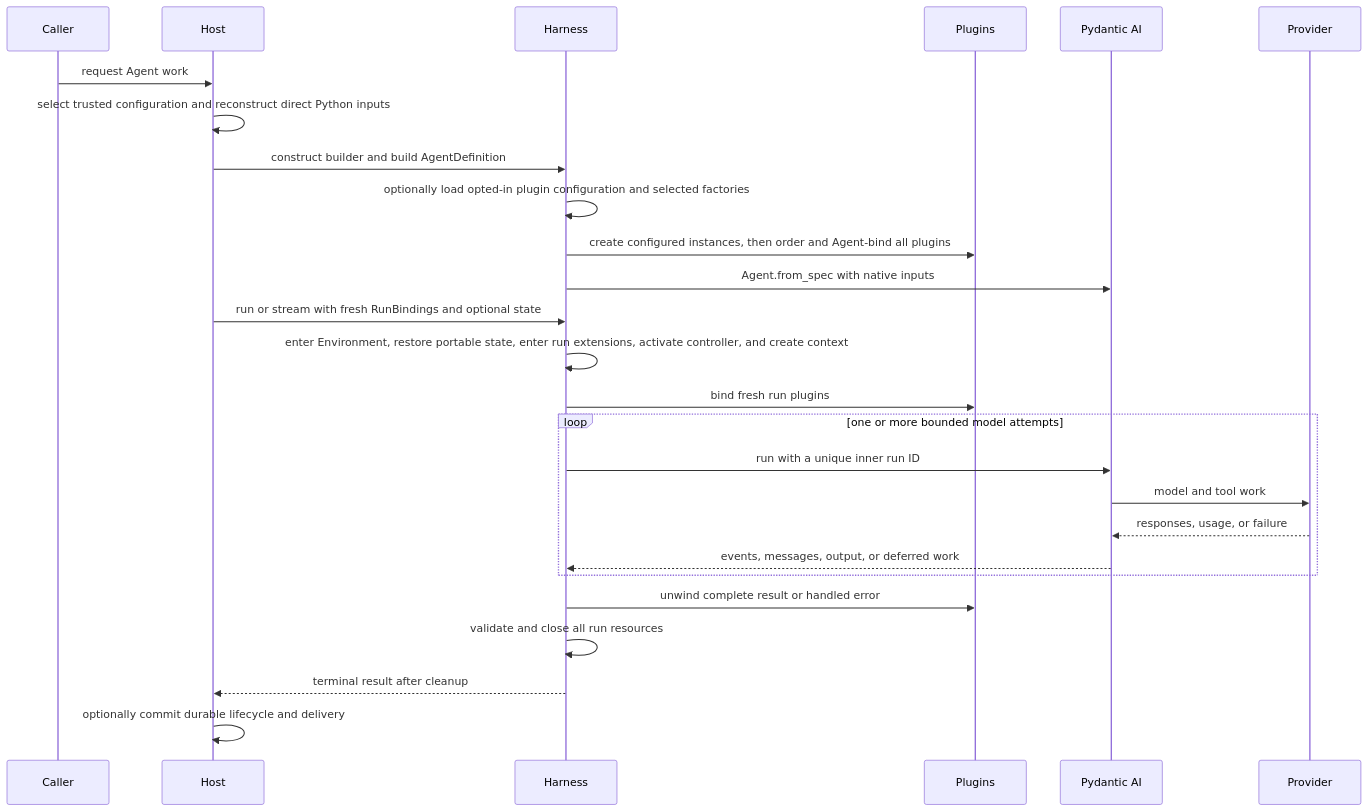
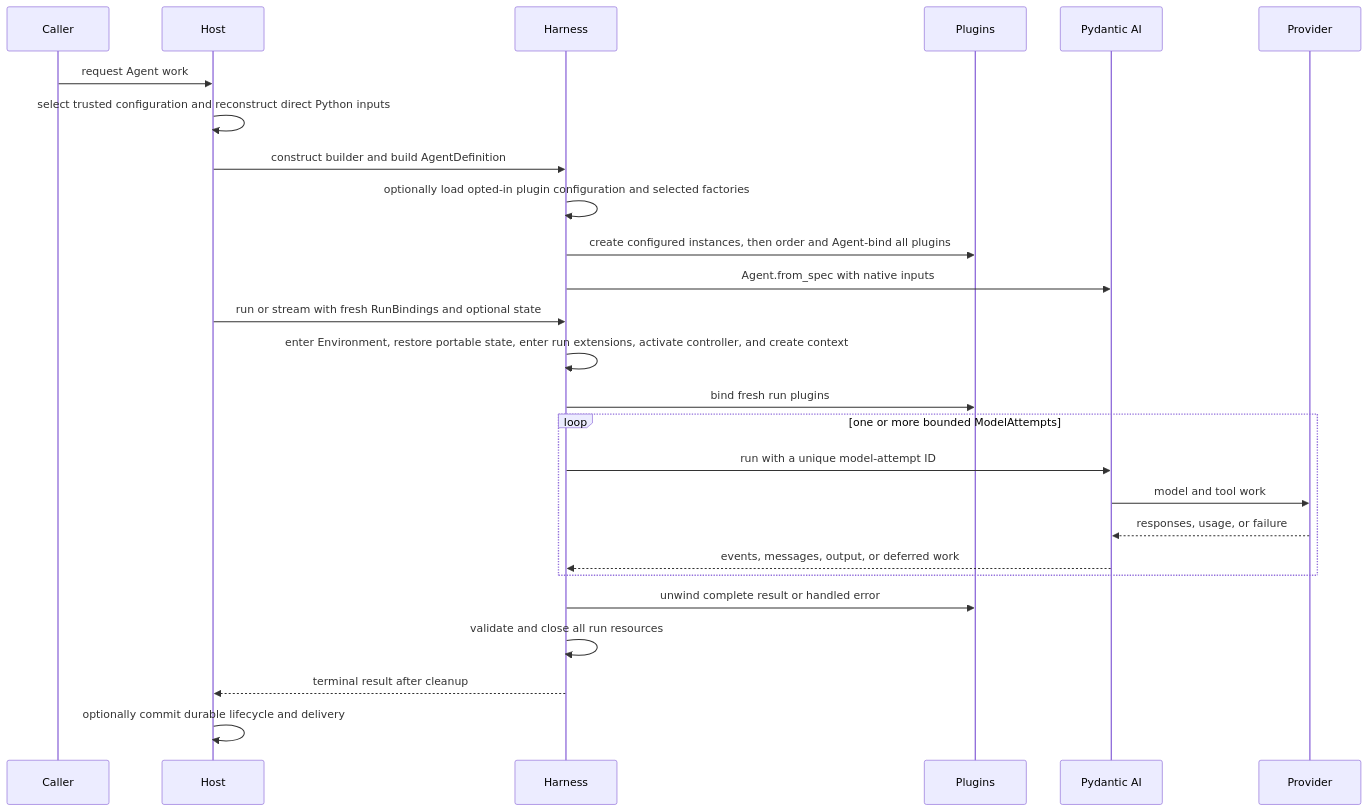
One commit to LTThreeComma/agent-foundation changed the second of 2 diagrams in spec/agent-harness/00-overview.md. Above: the diagram before and after it, drawn with Mermaid. The commit also changed other lines of this file and 92 other files, not shown here.

````diff
--- a/spec/agent-harness/00-overview.md
+++ b/spec/agent-harness/00-overview.md
@@ -93,29 +93,29 @@
 ```mermaid
 sequenceDiagram
     participant Caller
     participant Host
     participant Harness
     participant Plugins
     participant PAI as Pydantic AI
     participant Provider
 
     Caller->>Host: request Agent work
     Host->>Host: select trusted configuration and reconstruct direct Python inputs
     Host->>Harness: construct builder and build AgentDefinition
     Harness->>Harness: optionally load opted-in plugin configuration and selected factories
     Harness->>Plugins: create configured instances, then order and Agent-bind all plugins
     Harness->>PAI: Agent.from_spec with native inputs
     Host->>Harness: run or stream with fresh RunBindings and optional state
     Harness->>Harness: enter Environment, restore portable state, enter run extensions, activate controller, and create context
     Harness->>Plugins: bind fresh run plugins
-    loop one or more bounded model attempts
-        Harness->>PAI: run with a unique inner run ID
+    loop one or more bounded ModelAttempts
+        Harness->>PAI: run with a unique model-attempt ID
         PAI->>Provider: model and tool work
         Provider-->>PAI: responses, usage, or failure
         PAI-->>Harness: events, messages, output, or deferred work
     end
     Harness->>Plugins: unwind complete result or handled error
     Harness->>Harness: validate and close all run resources
     Harness-->>Host: terminal result after cleanup
     Host->>Host: optionally commit durable lifecycle and delivery
 ```
````
